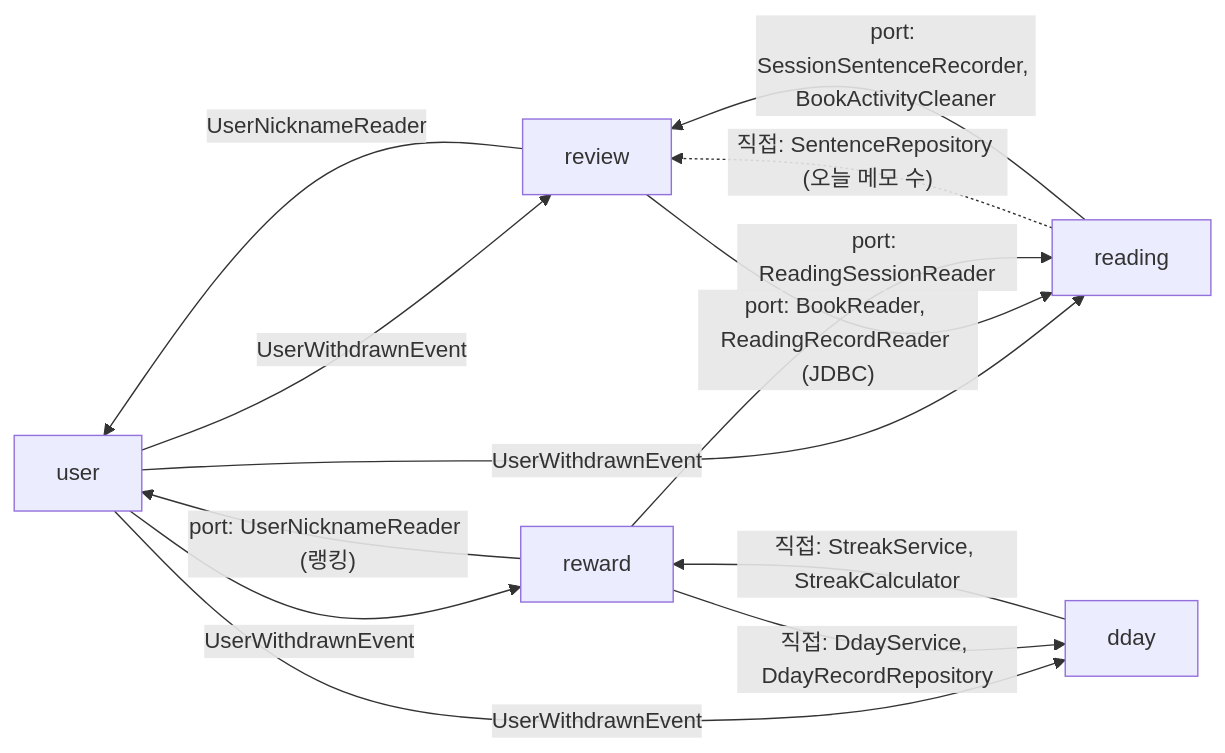
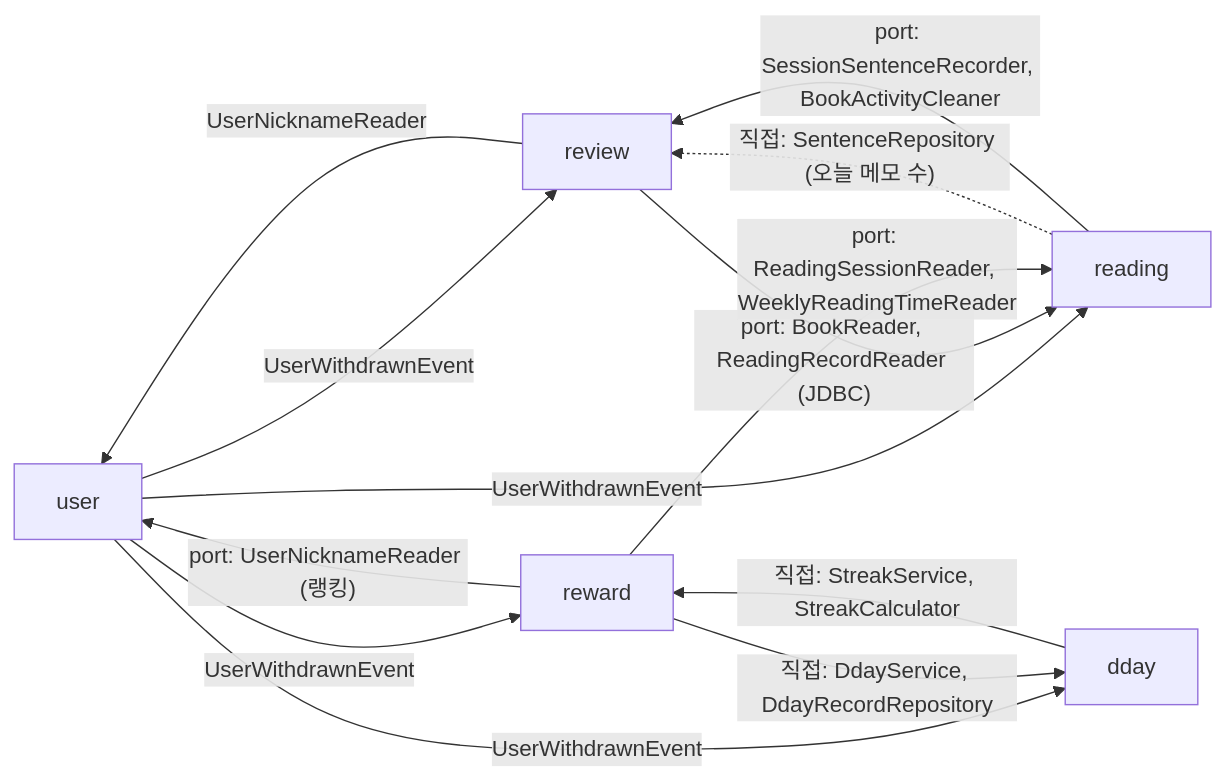
Before and after one commit to soo123123/chaekdami: the second of 2 diagrams in docs/architecture.md, drawn with Mermaid. The commit also changed other lines of this file and 14 other files, not shown here.

````diff
--- a/docs/architecture.md
+++ b/docs/architecture.md
@@ -48,12 +48,12 @@
 ```mermaid
 flowchart LR
   user -- "UserWithdrawnEvent" --> review & reward & dday & reading
   review -- "port: BookReader, ReadingRecordReader (JDBC)" --> reading
   review -- "UserNicknameReader" --> user
-  reward -- "port: ReadingSessionReader" --> reading
+  reward -- "port: ReadingSessionReader, WeeklyReadingTimeReader" --> reading
   reward -- "port: UserNicknameReader (랭킹)" --> user
   reward -- "직접: DdayService, DdayRecordRepository" --> dday
   dday -- "직접: StreakService, StreakCalculator" --> reward
   reading -. "직접: SentenceRepository (오늘 메모 수)" .-> review
   reading -- "port: SessionSentenceRecorder, BookActivityCleaner" --> review
 ```
````
